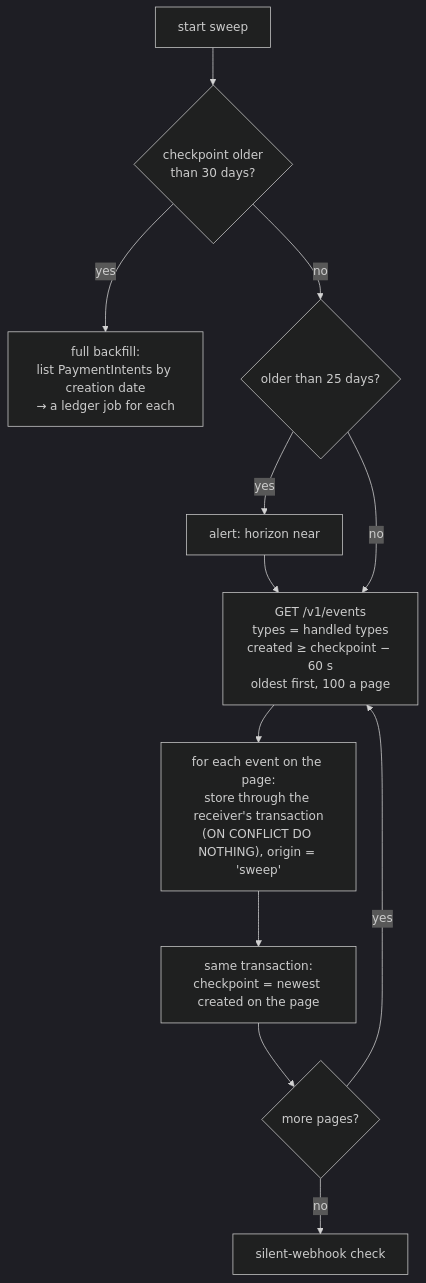
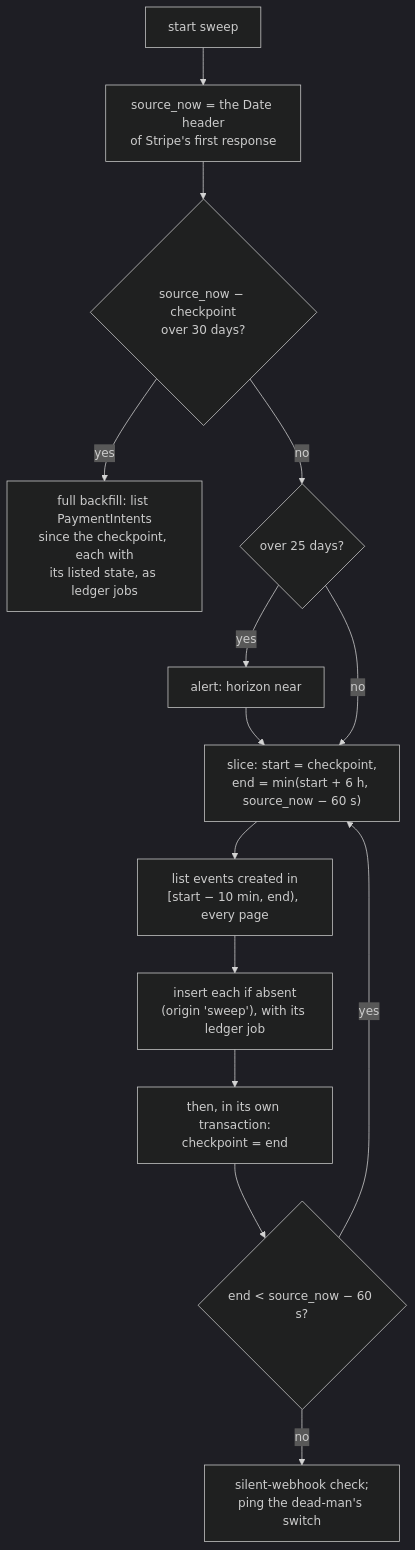
The diagram in docs/design/sweeper.md (lalitkarthik/webhook-sync), drawn with Mermaid (dark theme) before and after one commit. The commit also changed other lines of this file and 23 other files, not shown here.

````diff
--- a/docs/design/sweeper.md
+++ b/docs/design/sweeper.md
@@ -25,13 +23,15 @@
 ```mermaid
 flowchart TD
-  S["start sweep"] --> H{"checkpoint older<br/>than 30 days?"}
-  H -- yes --> FB["full backfill:<br/>list PaymentIntents by creation date<br/>→ a ledger job for each"]
-  H -- no --> W{"older than 25 days?"}
-  W -- yes --> AL["alert: horizon near"] --> L
-  W -- no --> L["GET /v1/events<br/>types = handled types<br/>created ≥ checkpoint − 60 s<br/>oldest first, 100 a page"]
-  L --> P["for each event on the page:<br/>store through the receiver's transaction<br/>(ON CONFLICT DO NOTHING), origin = 'sweep'"]
-  P --> CP["same transaction:<br/>checkpoint = newest created on the page"]
-  CP --> MORE{"more pages?"}
-  MORE -- yes --> L
-  MORE -- no --> SIL["silent-webhook check"]
+  S["start sweep"] --> NOW["source_now = the Date header<br/>of Stripe's first response"]
+  NOW --> H{"source_now − checkpoint<br/>over 30 days?"}
+  H -- yes --> FB["full backfill: list PaymentIntents<br/>since the checkpoint, each with<br/>its listed state, as ledger jobs"]
+  H -- no --> W{"over 25 days?"}
+  W -- yes --> AL["alert: horizon near"] --> SL
+  W -- no --> SL["slice: start = checkpoint,<br/>end = min(start + 6 h, source_now − 60 s)"]
+  SL --> L["list events created in<br/>[start − 10 min, end), every page"]
+  L --> P["insert each if absent<br/>(origin 'sweep'), with its ledger job"]
+  P --> CP["then, in its own transaction:<br/>checkpoint = end"]
+  CP --> MORE{"end < source_now − 60 s?"}
+  MORE -- yes --> SL
+  MORE -- no --> DONE["silent-webhook check;<br/>ping the dead-man's switch"]
 ```
````
